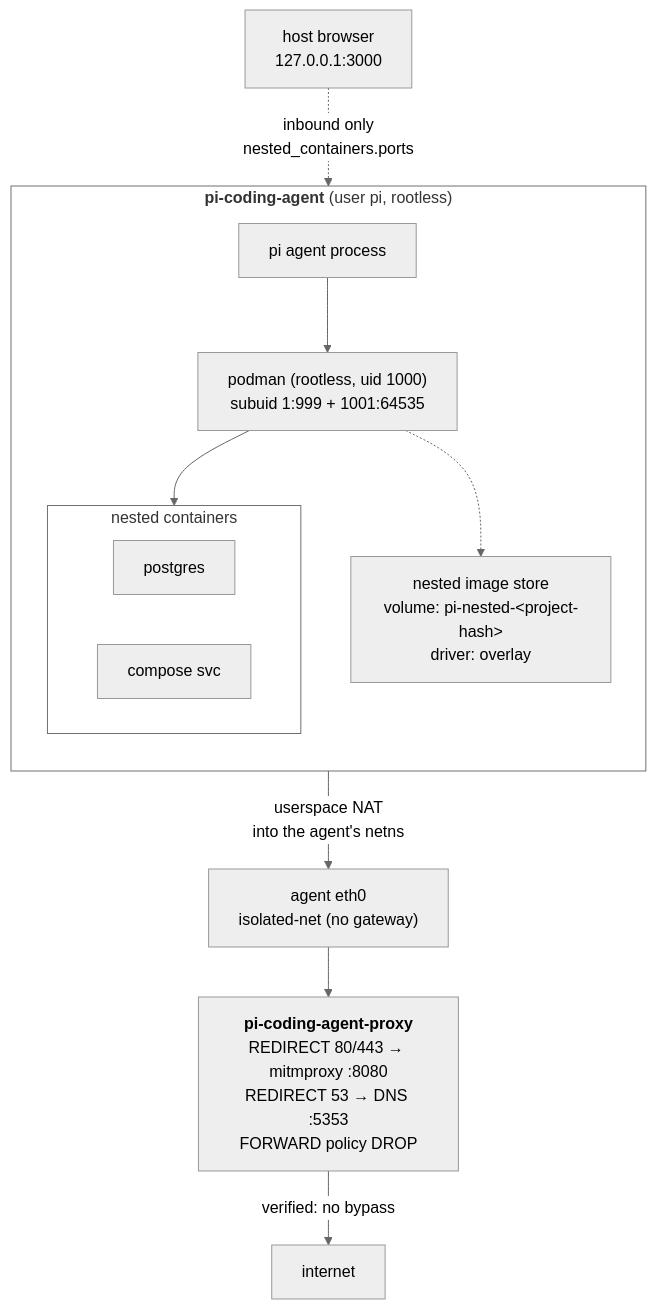
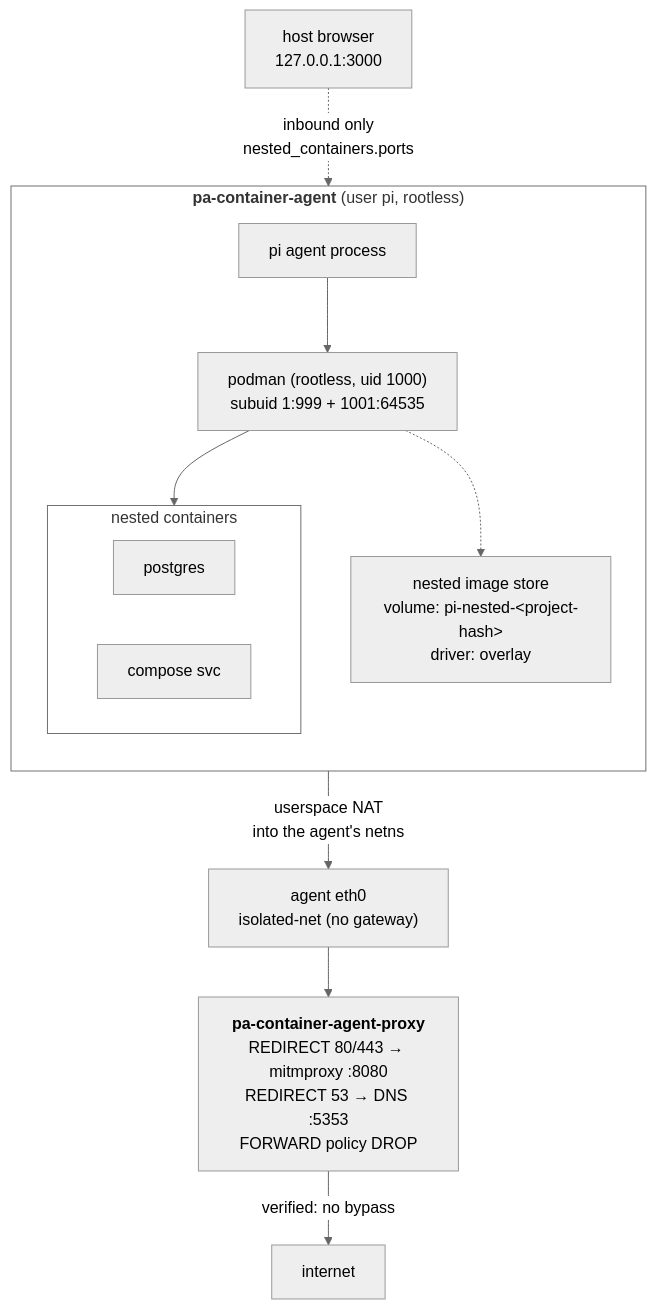
One commit to mikkovihonen/pa-container changed the diagram in docs/design-details.md. Above: the diagram before and after it, drawn with Mermaid (neutral theme). The commit also changed other lines of this file and 139 other files, not shown here.

````diff
--- a/docs/design-details.md
+++ b/docs/design-details.md
@@ -35,28 +35,28 @@
 ```mermaid
 flowchart TB
-    subgraph agent["<b>pi-coding-agent</b> (user pi, rootless)"]
+    subgraph agent["<b>pa-container-agent</b> (user pi, rootless)"]
         direction TB
         pi["pi agent process"]
         pod["podman (rootless, uid 1000)<br/>subuid 1:999 + 1001:64535"]
         subgraph inner["nested containers"]
             direction LR
             c1["postgres"]
             c2["compose svc"]
         end
         store["nested image store<br/>volume: pi-nested-&lt;project-hash&gt;<br/>driver: overlay"]
     end
     style agent fill:none,text-align:left
     style inner fill:none,text-align:left
 
     eth0["agent eth0<br/>isolated-net (no gateway)"]
-    proxy["<b>pi-coding-agent-proxy</b><br/>REDIRECT 80/443 → mitmproxy :8080<br/>REDIRECT 53 → DNS :5353<br/>FORWARD policy DROP"]
+    proxy["<b>pa-container-agent-proxy</b><br/>REDIRECT 80/443 → mitmproxy :8080<br/>REDIRECT 53 → DNS :5353<br/>FORWARD policy DROP"]
     host["host browser<br/>127.0.0.1:3000"]
 
     pi --> pod
     pod --> inner
     pod -.-> store
     inner -->|userspace NAT<br/>into the agent's netns| eth0
     eth0 --> proxy
     proxy -->|verified: no bypass| internet["internet"]
     host -.->|inbound only<br/>nested_containers.ports| inner
 ```
````
